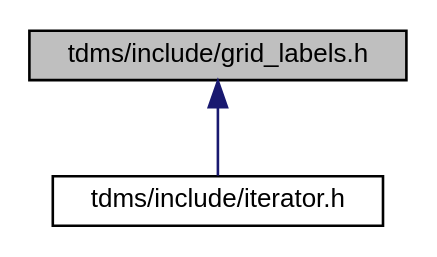
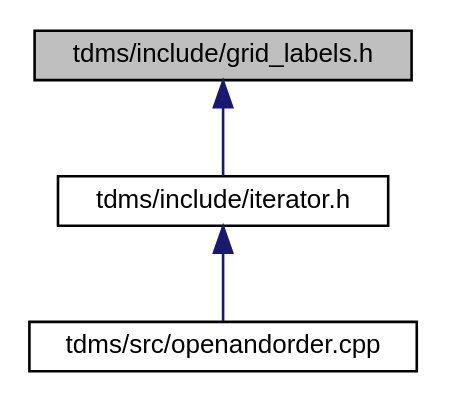
The diagram in grid__labels_8h__dep__incl.dot (UCL/TDMS), drawn with Graphviz before and after one commit. The commit also changed 104 other files, not shown here.

```diff
--- a/grid__labels_8h__dep__incl.dot
+++ b/grid__labels_8h__dep__incl.dot
@@ -1,9 +1,11 @@
 digraph "tdms/include/grid_labels.h"
 {
  // LATEX_PDF_SIZE
   edge [fontname="Helvetica",fontsize="10",labelfontname="Helvetica",labelfontsize="10"];
   node [fontname="Helvetica",fontsize="10",shape=record];
   Node1 [label="tdms/include/grid_labels.h",height=0.2,width=0.4,color="black", fillcolor="grey75", style="filled", fontcolor="black",tooltip="Class to hold the labels of a Yee cell."];
   Node1 -> Node2 [dir="back",color="midnightblue",fontsize="10",style="solid",fontname="Helvetica"];
   Node2 [label="tdms/include/iterator.h",height=0.2,width=0.4,color="black", fillcolor="white", style="filled",URL="$iterator_8h.html",tooltip="The main time propogation algorithm."];
+  Node2 -> Node3 [dir="back",color="midnightblue",fontsize="10",style="solid",fontname="Helvetica"];
+  Node3 [label="tdms/src/openandorder.cpp",height=0.2,width=0.4,color="black", fillcolor="white", style="filled",URL="$openandorder_8cpp.html",tooltip="Launch and file IO."];
 }
```
